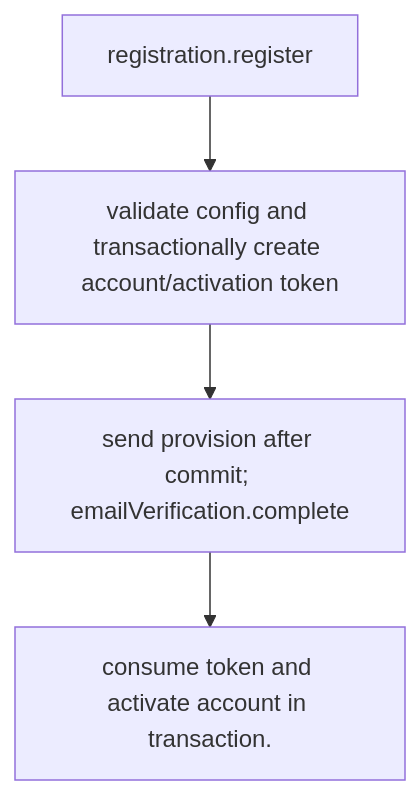
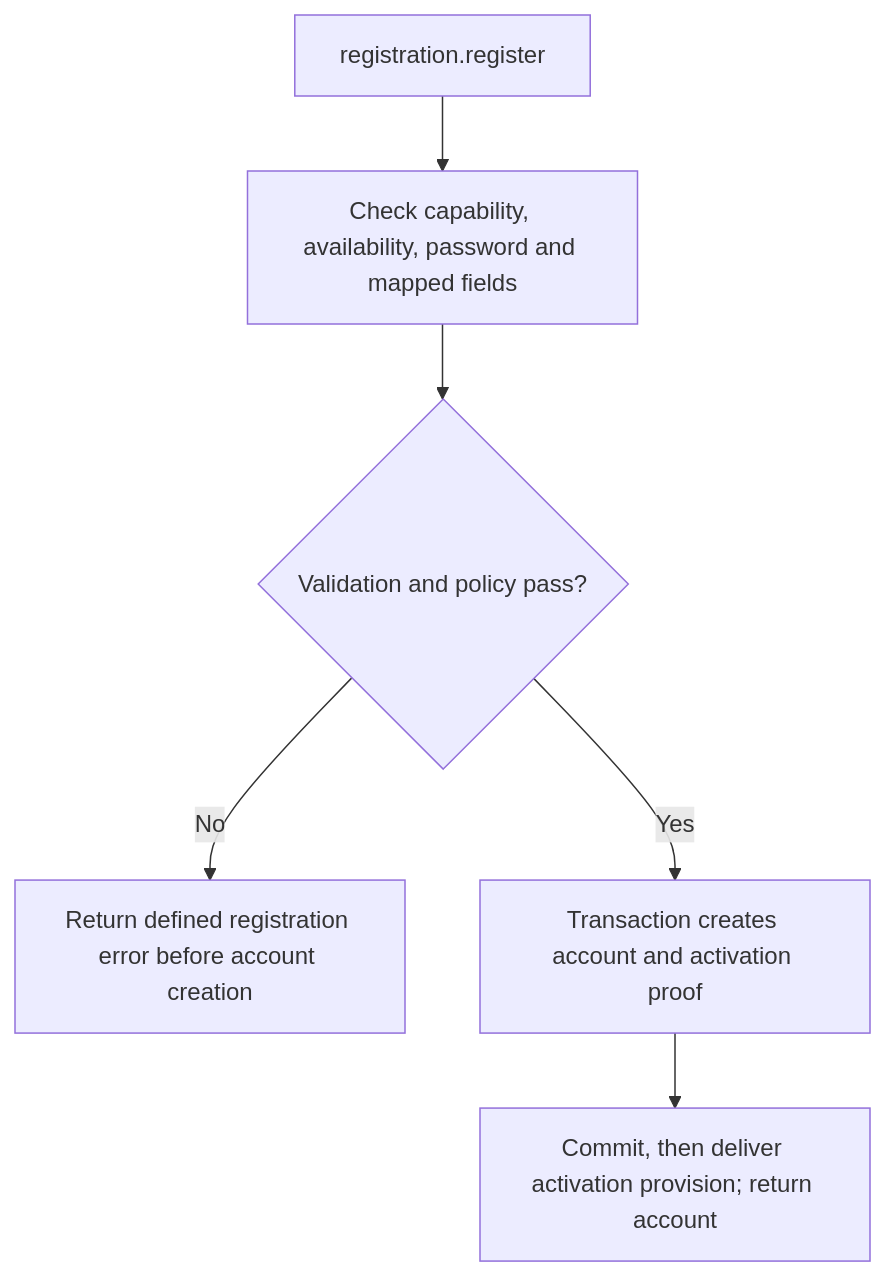
Before and after one commit to Kevinjohn/oss-adonisjs-account-kit: the second of 2 diagrams in user-stories/US-ACCOUNT-02-create-and-verify-account.md, drawn with Mermaid. The commit also changed other lines of this file and 17 other files, not shown here.

````diff
--- a/user-stories/US-ACCOUNT-02-create-and-verify-account.md
+++ b/user-stories/US-ACCOUNT-02-create-and-verify-account.md
@@ -35,10 +29,8 @@
 ```mermaid
 flowchart TD
-    C0["registration.register"]
-    C1["validate config and transactionally create account/activation token"]
-    C0 --> C1
-    C2["send provision after commit; emailVerification.complete"]
-    C1 --> C2
-    C3["consume token and activate account in transaction."]
-    C2 --> C3
+ A["registration.register"] --> B["Check capability, availability, password and mapped fields"]
+ B --> C{"Validation and policy pass?"}
+ C -->|No| D["Return defined registration error before account creation"]
+ C -->|Yes| E["Transaction creates account and activation proof"]
+ E --> F["Commit, then deliver activation provision; return account"]
 ```
````
